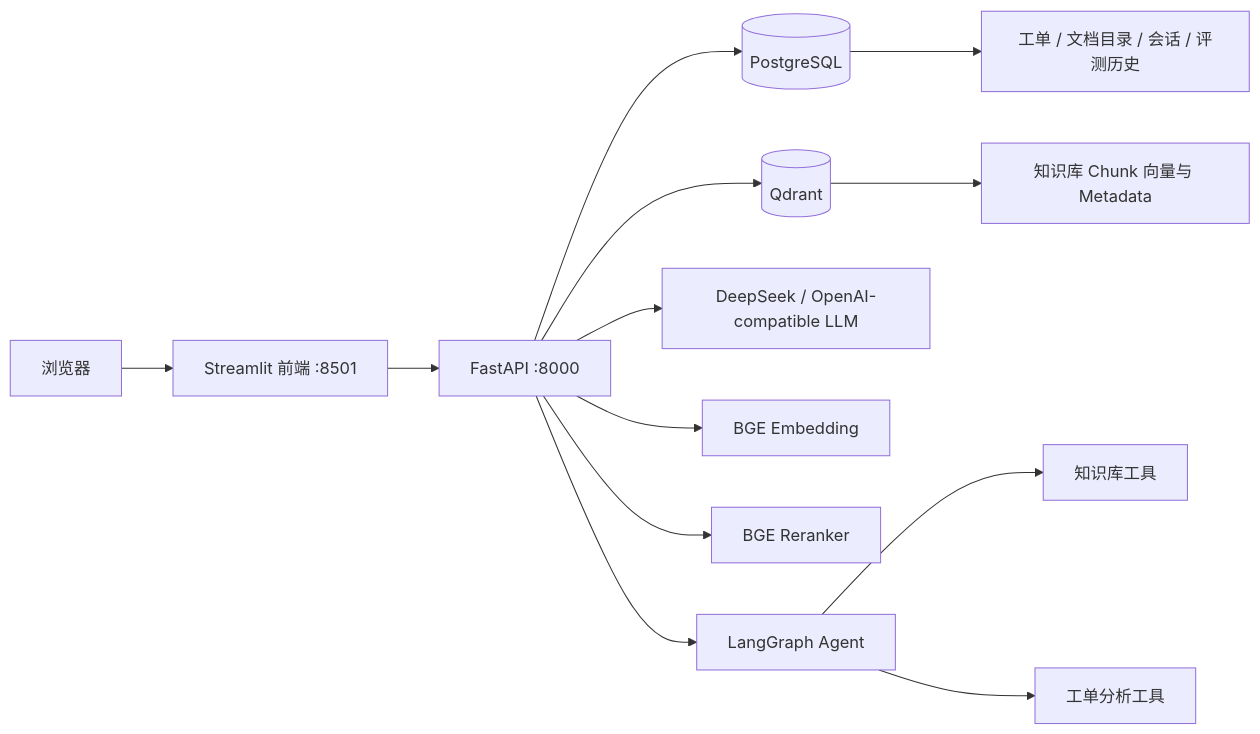
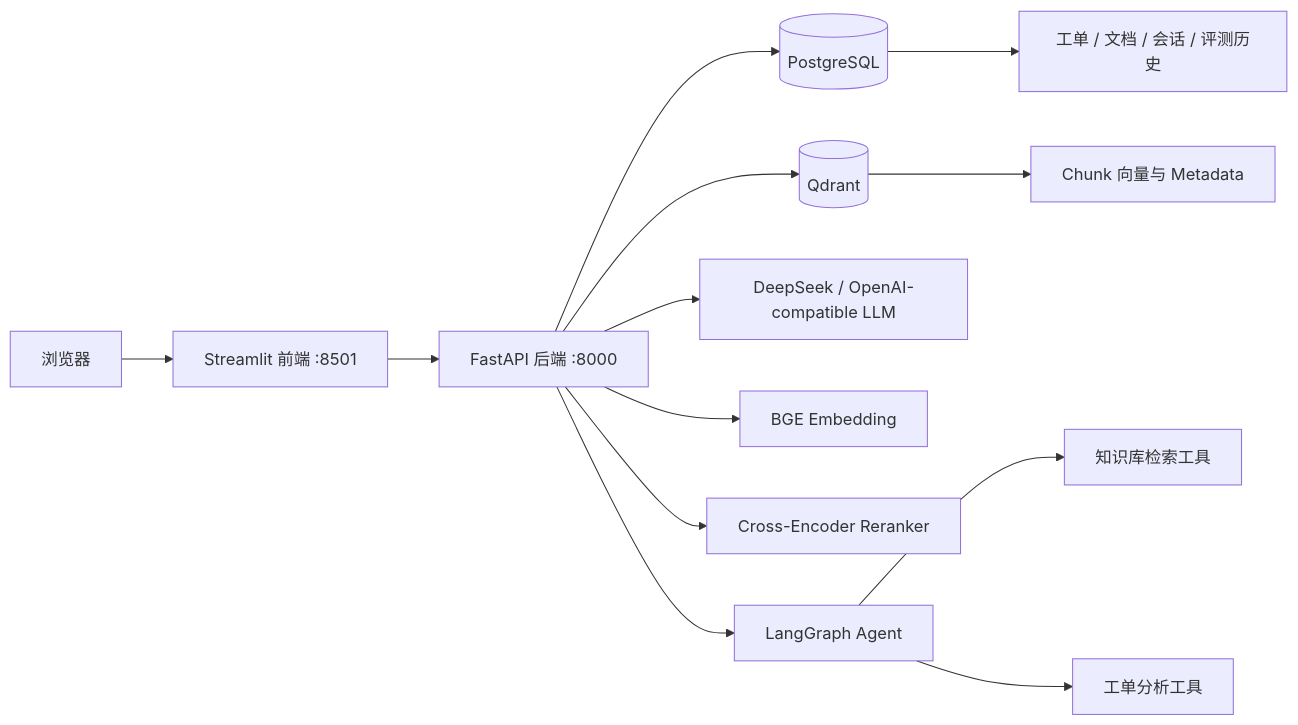
The diagram in README.md (xx-xx1555/ai-customer-service-rag-agent), drawn with Mermaid before and after one commit. The commit also changed other lines of this file, not shown here.

````diff
--- a/README.md
+++ b/README.md
@@ -50,18 +79,18 @@
 ```mermaid
 flowchart LR
     U[浏览器] --> F[Streamlit 前端 :8501]
-    F --> A[FastAPI :8000]
+    F --> A[FastAPI 后端 :8000]
 
     A --> P[(PostgreSQL)]
     A --> Q[(Qdrant)]
     A --> L[DeepSeek / OpenAI-compatible LLM]
     A --> E[BGE Embedding]
-    A --> R[BGE Reranker]
+    A --> R[Cross-Encoder Reranker]
 
-    P --> T[工单 / 文档目录 / 会话 / 评测历史]
-    Q --> C[知识库 Chunk 向量与 Metadata]
+    P --> T[工单 / 文档 / 会话 / 评测历史]
+    Q --> C[Chunk 向量与 Metadata]
 
     A --> G[LangGraph Agent]
-    G --> KB[知识库工具]
+    G --> KB[知识库检索工具]
     G --> TA[工单分析工具]
 ```
````
